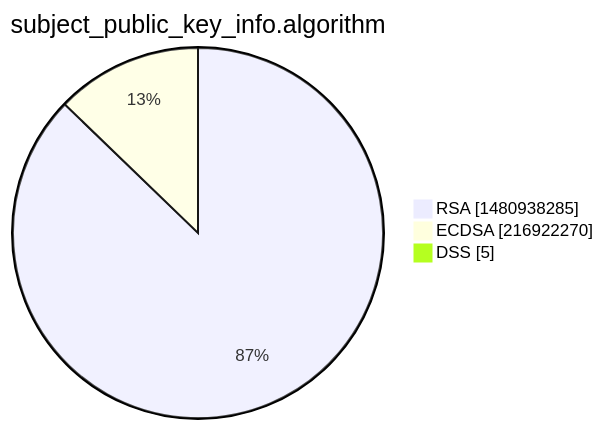
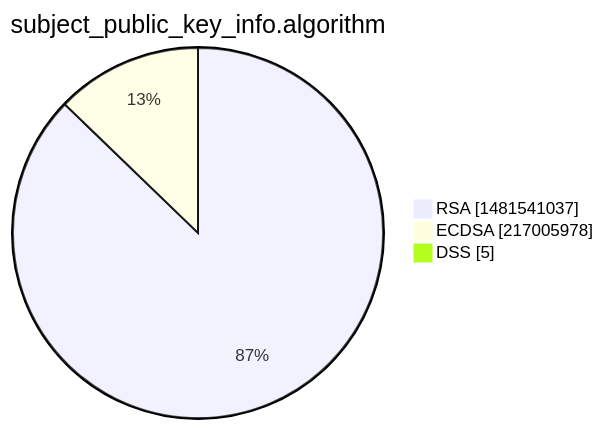
Before and after one commit to christiankrug/ctmonitor_visualization: the third of 15 diagrams in xenon2022/README.md, drawn with Mermaid. The commit also changed other lines of this file, not shown here.

````diff
--- a/xenon2022/README.md
+++ b/xenon2022/README.md
@@ -14,7 +14,7 @@
 ```mermaid
 pie showData
 title subject_public_key_info.algorithm
-"RSA" :1480938285
-"ECDSA" :216922270
+"RSA" :1481541037
+"ECDSA" :217005978
 "DSS" :5
 ```
````
